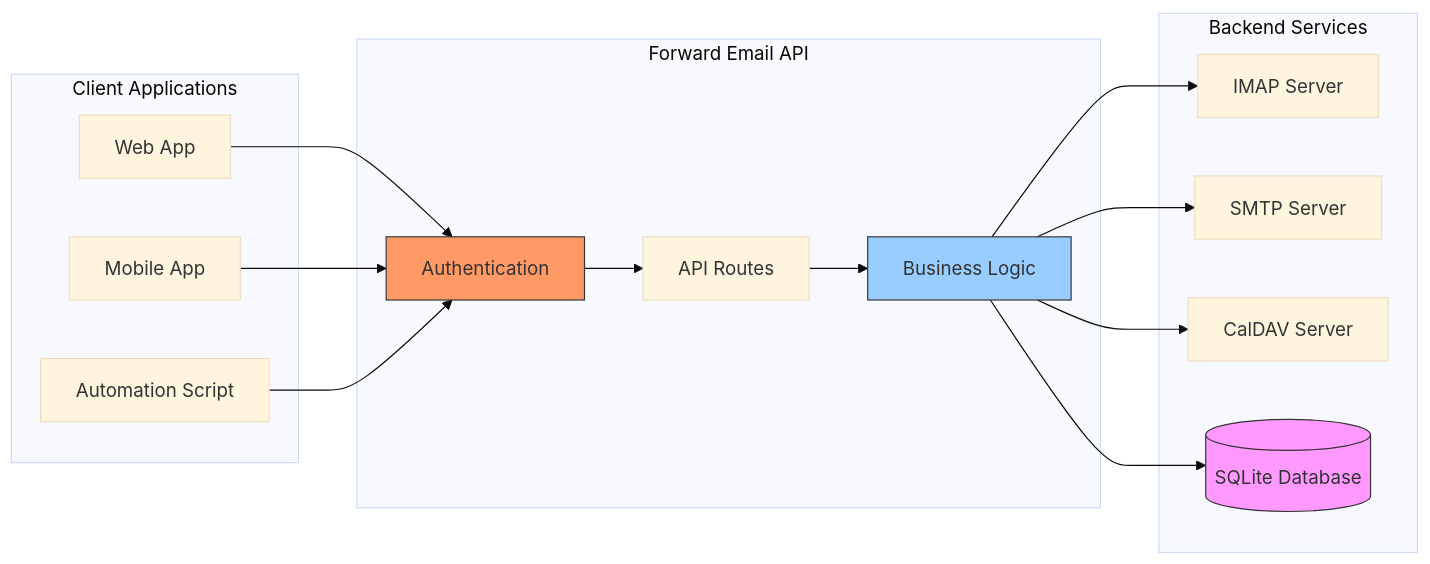
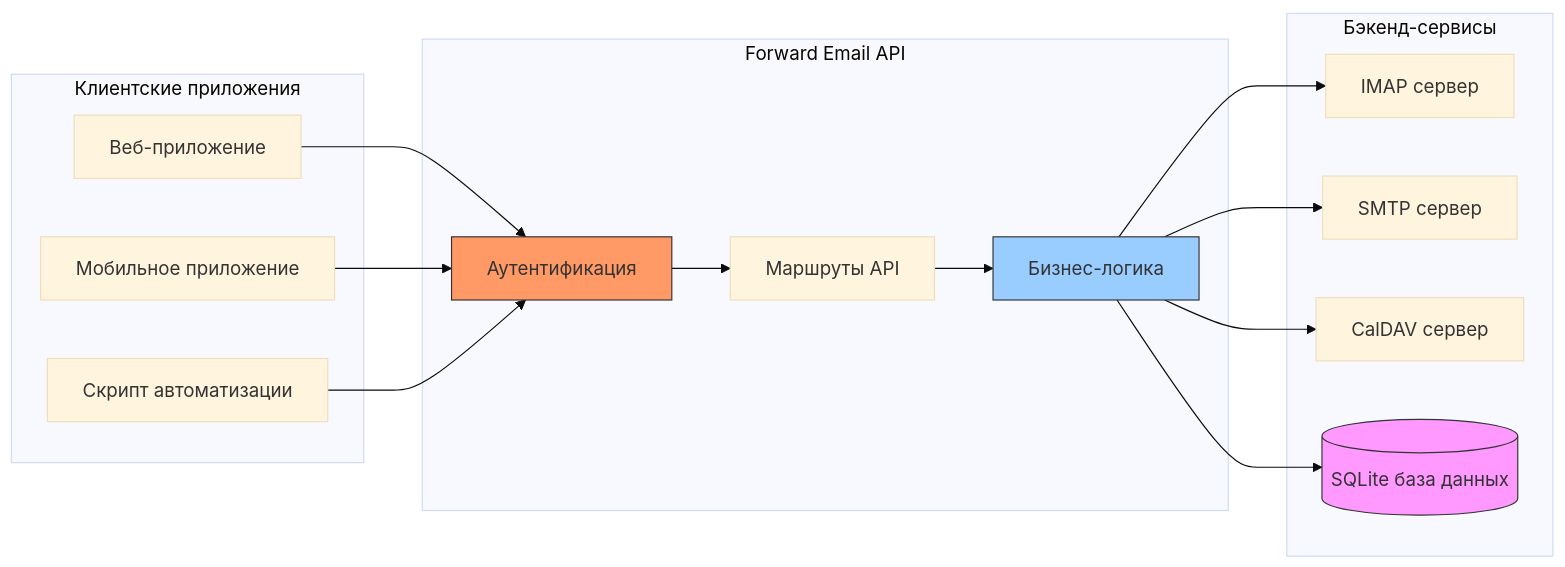
One commit to forwardemail/forwardemail.net changed diagram 15 of 16 in app/views/docs/email-protocols-rfc-compliance-imap-smtp-pop3-comparison/index-ru.md. Above: the diagram before and after it, drawn with Mermaid (base theme). The commit also changed other lines of this file and 1055 other files, not shown here.

````diff
--- a/app/views/docs/email-protocols-rfc-compliance-imap-smtp-pop3-comparison/index-ru.md
+++ b/app/views/docs/email-protocols-rfc-compliance-imap-smtp-pop3-comparison/index-ru.md
@@ -1877,35 +1869,35 @@
 ```mermaid
 graph LR
-    subgraph "Client Applications"
-        Web[Web App]
-        Mobile[Mobile App]
-        Script[Automation Script]
+    subgraph "Клиентские приложения"
+        Web[Веб-приложение]
+        Mobile[Мобильное приложение]
+        Script[Скрипт автоматизации]
     end
 
     subgraph "Forward Email API"
-        Auth[Authentication]
-        Routes[API Routes]
-        Logic[Business Logic]
+        Auth[Аутентификация]
+        Routes[Маршруты API]
+        Logic[Бизнес-логика]
     end
 
-    subgraph "Backend Services"
-        IMAP[IMAP Server]
-        SMTP[SMTP Server]
-        CalDAV[CalDAV Server]
-        DB[(SQLite Database)]
+    subgraph "Бэкенд-сервисы"
+        IMAP[IMAP сервер]
+        SMTP[SMTP сервер]
+        CalDAV[CalDAV сервер]
+        DB[(SQLite база данных)]
     end
 
     Web --> Auth
     Mobile --> Auth
     Script --> Auth
     Auth --> Routes
     Routes --> Logic
     Logic --> IMAP
     Logic --> SMTP
     Logic --> CalDAV
     Logic --> DB
 
     style Auth fill:#f96,stroke:#333
     style Logic fill:#9cf,stroke:#333
     style DB fill:#f9f,stroke:#333
 ```
````
